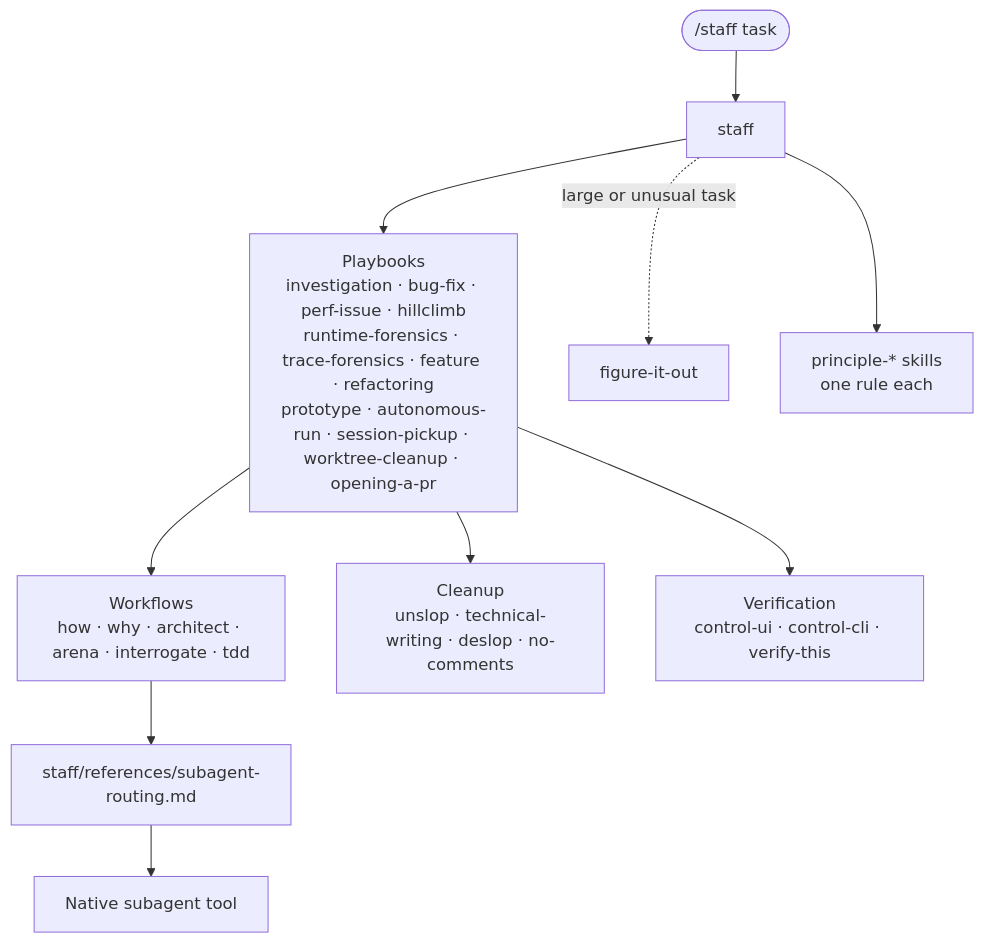
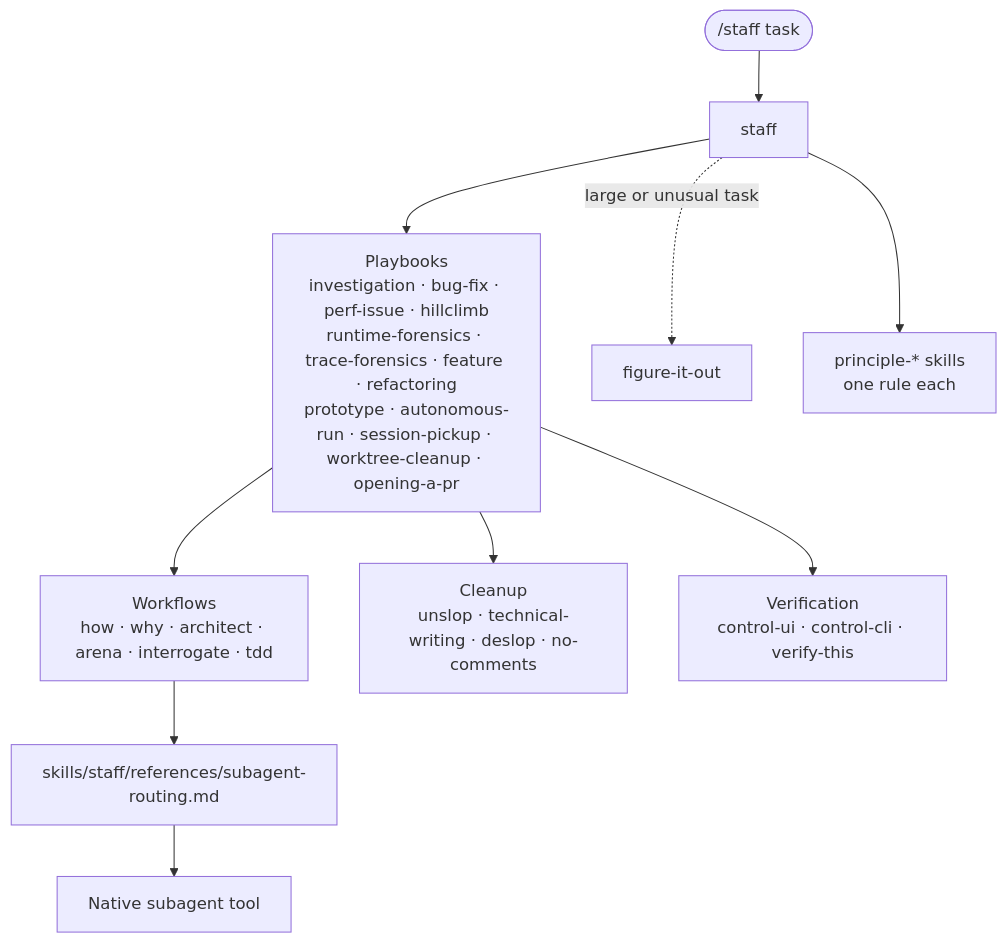
The first of 2 diagrams in README.md (steven-yu-appier/steven-stack), drawn with Mermaid before and after one commit. The commit also changed other lines of this file and 145 other files, not shown here.

````diff
--- a/README.md
+++ b/README.md
@@ -18,12 +70,12 @@
 ```mermaid
 flowchart TD
     U(["/staff task"]) --> S[staff]
     S --> P["Playbooks<br/>investigation · bug-fix · perf-issue · hillclimb<br/>runtime-forensics · trace-forensics · feature · refactoring<br/>prototype · autonomous-run · session-pickup · worktree-cleanup · opening-a-pr"]
     S -. large or unusual task .-> F[figure-it-out]
     S --> PR["principle-* skills<br/>one rule each"]
     P --> W["Workflows<br/>how · why · architect · arena · interrogate · tdd"]
     P --> Q["Cleanup<br/>unslop · technical-writing · deslop · no-comments"]
     P --> V["Verification<br/>control-ui · control-cli · verify-this"]
-    W --> R["staff/references/subagent-routing.md"]
+    W --> R["skills/staff/references/subagent-routing.md"]
     R --> N["Native subagent tool"]
 ```
````
